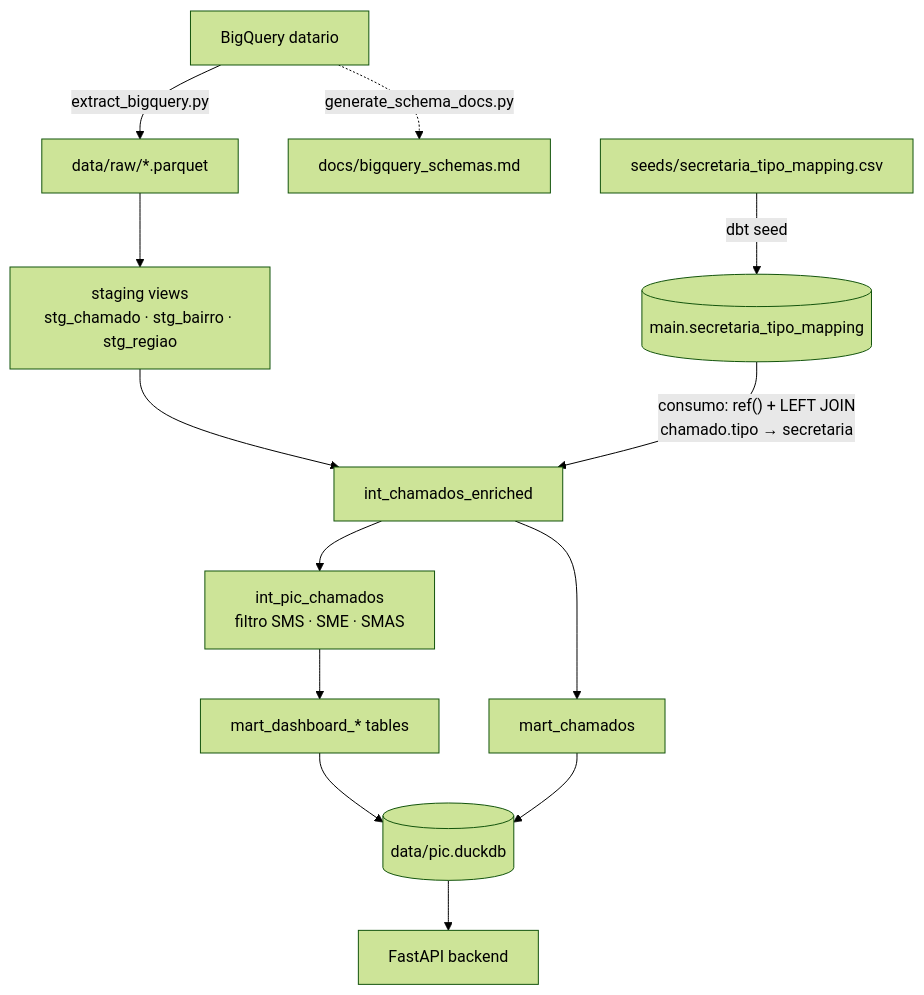
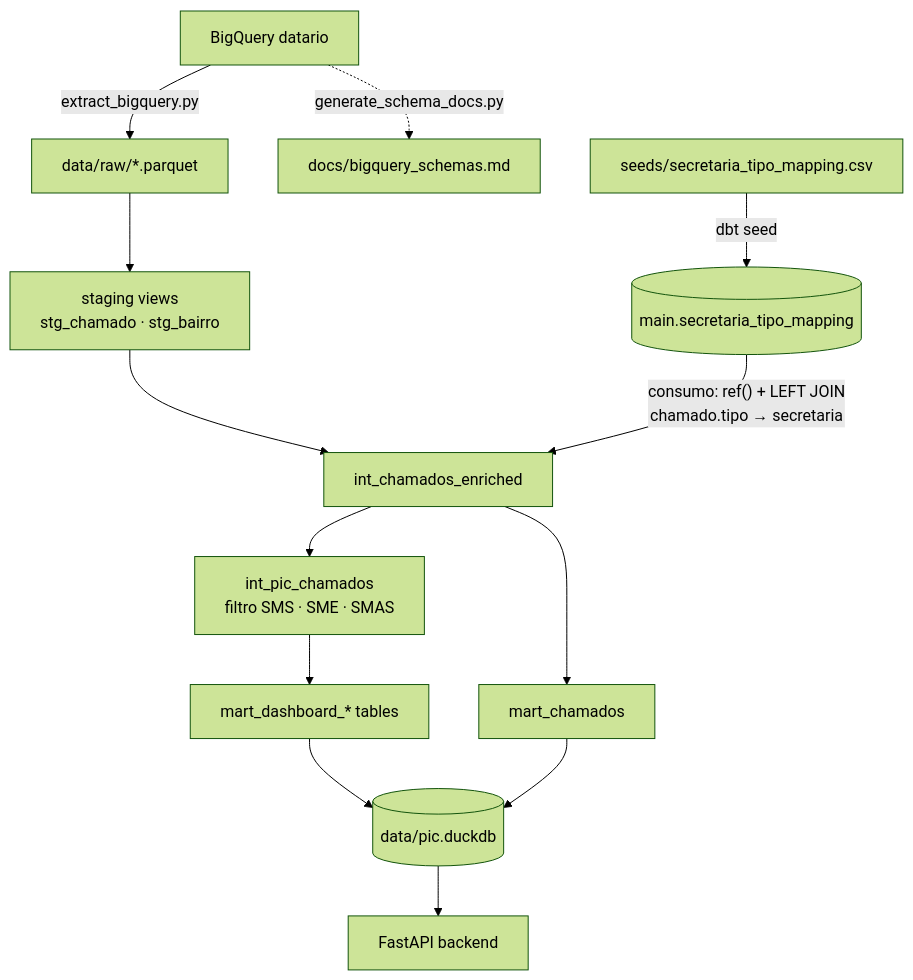
One commit to brunocampos01/desafio-tech-lead-cidadaos-vulneraveis changed the first of 3 diagrams in pipeline/README.md. Above: the diagram before and after it, drawn with Mermaid (forest theme).

Commit message:
doc: update diagram with only tables consumed

````diff
--- a/pipeline/README.md
+++ b/pipeline/README.md
@@ -9,23 +9,23 @@
 ```mermaid
 flowchart TB
   BQ[BigQuery datario]
 
   BQ -->|extract_bigquery.py| RAW[data/raw/*.parquet]
   BQ -.->|generate_schema_docs.py| SCHEMA_DOC[docs/bigquery_schemas.md]
 
   CSV["seeds/secretaria_tipo_mapping.csv"]
   CSV -->|dbt seed| SEED[(main.secretaria_tipo_mapping)]
 
-  RAW --> STG[staging views<br/>stg_chamado · stg_bairro · stg_regiao]
+  RAW --> STG[staging views<br/>stg_chamado · stg_bairro]
 
   STG --> INT[int_chamados_enriched]
   SEED -->|"consumo: ref() + LEFT JOIN<br/>chamado.tipo → secretaria"| INT
 
   INT --> PIC[int_pic_chamados<br/>filtro SMS · SME · SMAS]
   PIC --> MART[mart_dashboard_* tables]
   INT --> DETAIL[mart_chamados]
 
   MART --> DB[(data/pic.duckdb)]
   DETAIL --> DB
   DB --> API[FastAPI backend]
 ```
````
